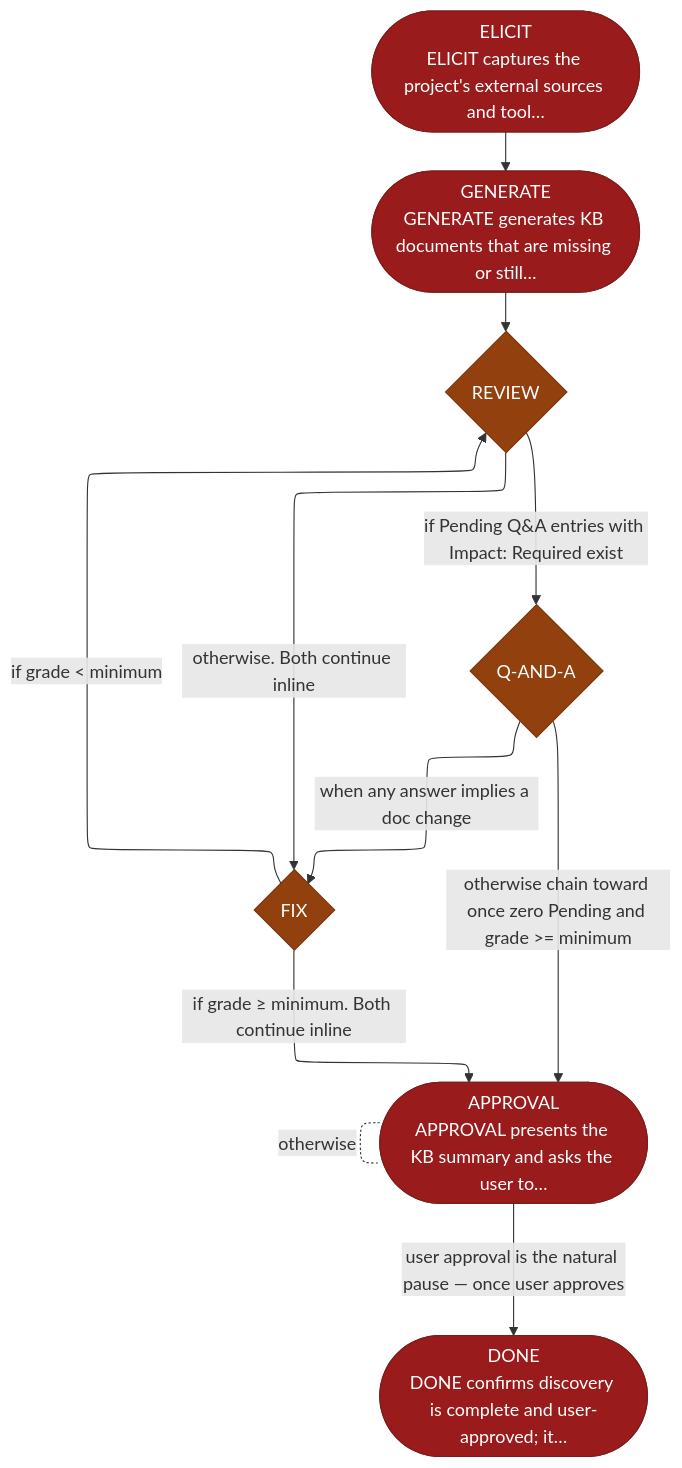
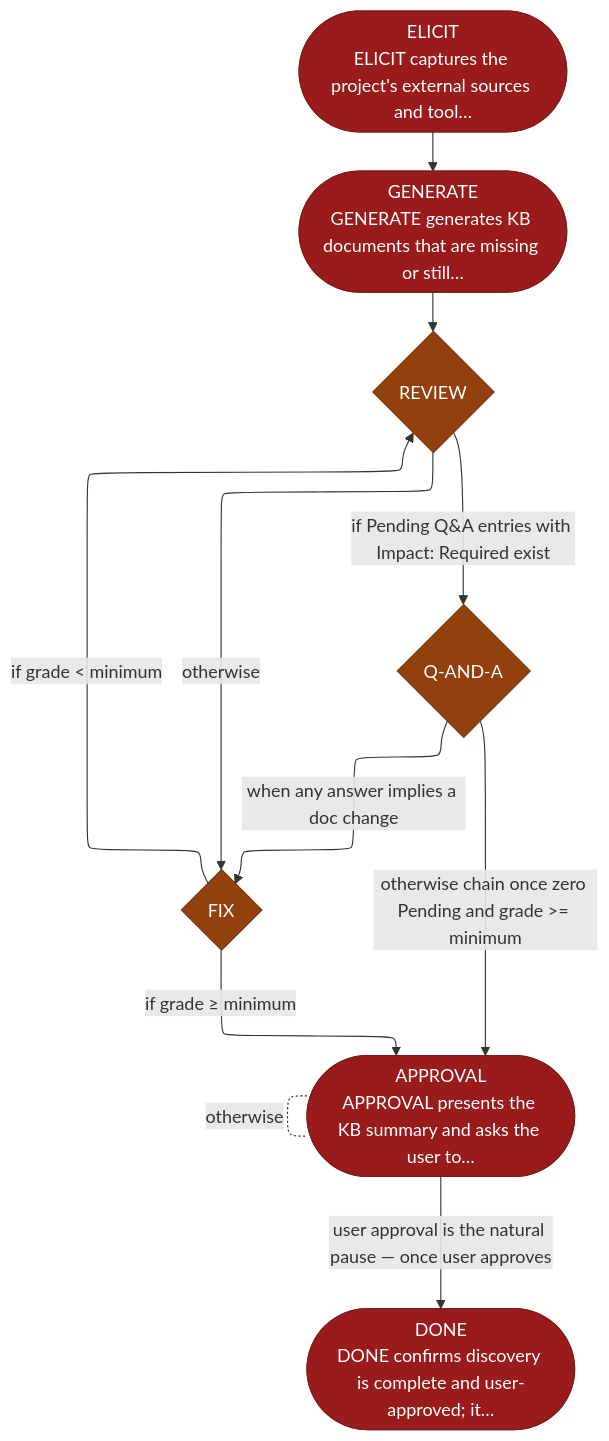
One commit to AndreVianna/aid-methodology changed the diagram in site/src/content/docs/skills/aid-discover.md. Above: the diagram before and after it, drawn with Mermaid. The commit also changed 4 other files, not shown here.

````diff
--- a/site/src/content/docs/skills/aid-discover.md
+++ b/site/src/content/docs/skills/aid-discover.md
@@ -20,49 +20,49 @@
 ```mermaid
 ---
 config:
   layout: elk
   flowchart:
     nodeSpacing: 55
     rankSpacing: 65
     padding: 12
     useMaxWidth: true
 ---
 flowchart TB
   classDef aidNode color:#fff
   classDef aidEntry fill:#166534,stroke:#14532d,color:#fff
   classDef aidExit fill:#991b1b,stroke:#7f1d1d,color:#fff
   classDef aidDecision fill:#92400e,stroke:#78350f,color:#fff
   classDef aidLoopBack fill:#1e3a8a,stroke:#1e3a8a,color:#fff
   classDef aidStep fill:#1a2035,stroke:#d4a853,color:#f1f5f9
   n1(["ELICIT<br/>ELICIT captures the project's external sources and tool…"])
   n2(["GENERATE<br/>GENERATE generates KB documents that are missing or still…"])
   n3{"REVIEW"}
   n4{"Q-AND-A"}
   n5{"FIX"}
   n6(["APPROVAL<br/>APPROVAL presents the KB summary and asks the user to…"])
   n7(["DONE<br/>DONE confirms discovery is complete and user-approved; it…"])
   n1 --> n2
   n2 --> n3
   n3 -->|"if Pending Q&amp;A entries with Impact: Required exist"| n4
-  n3 -->|"otherwise. Both continue inline"| n5
+  n3 -->|"otherwise"| n5
   n4 -->|"when any answer implies a doc change"| n5
-  n4 -->|"otherwise chain toward once zero Pending and grade &gt;= minimum"| n6
+  n4 -->|"otherwise chain once zero Pending and grade &gt;= minimum"| n6
   n5 -->|"if grade &lt; minimum"| n3
-  n5 -->|"if grade ≥ minimum. Both continue inline"| n6
+  n5 -->|"if grade ≥ minimum"| n6
   n6 -. "otherwise" .- n6
   n6 -->|"user approval is the natural pause — once user approves"| n7
   class n1 aidExit
   class n2 aidExit
   class n3 aidDecision
   class n4 aidDecision
   class n5 aidDecision
   class n6 aidExit
   class n7 aidExit
   class n1 aidNode
   class n2 aidNode
   class n3 aidNode
   class n4 aidNode
   class n5 aidNode
   class n6 aidNode
   class n7 aidNode
 ```
````
